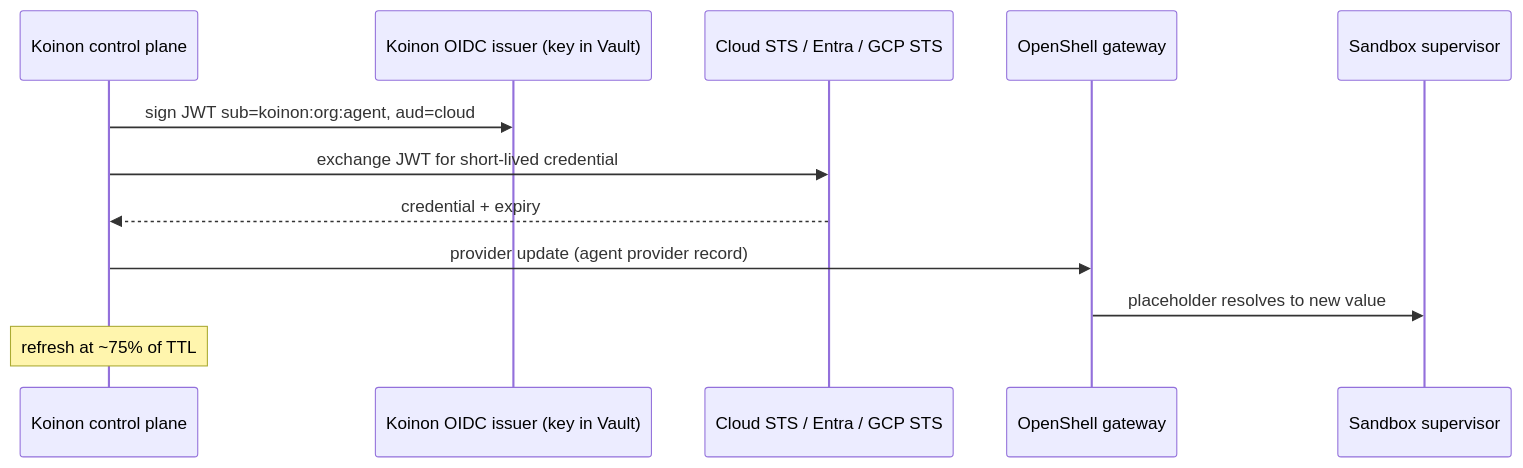
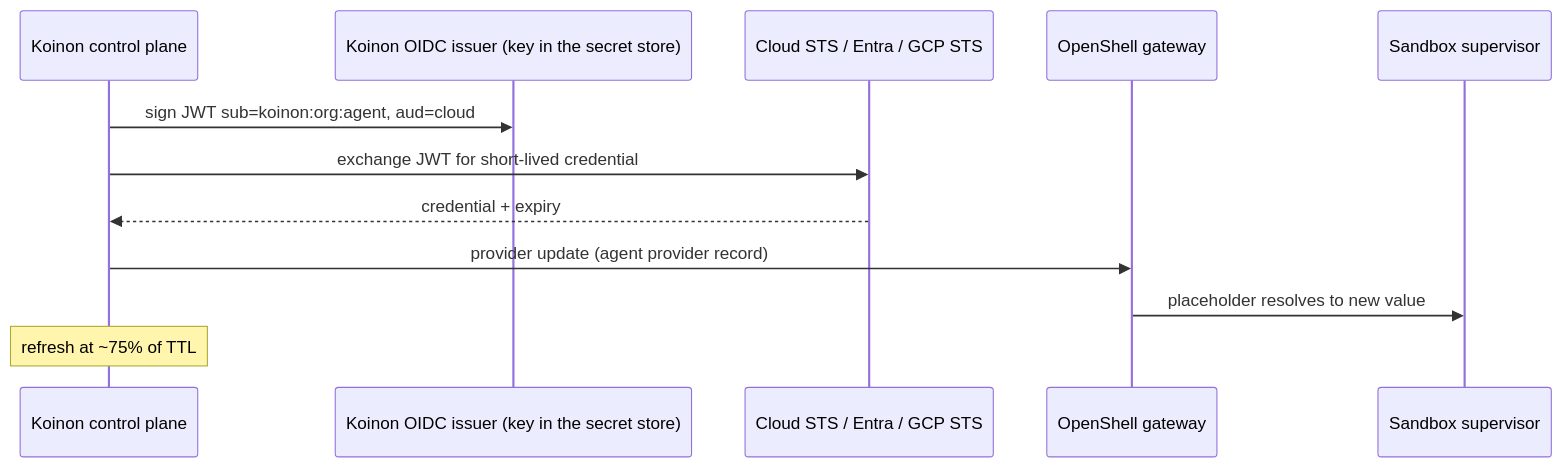
The diagram in docs/adr/0043-workload-identity-adapters-and-koinon-issuer.md (stateracloud/koinon), drawn with Mermaid before and after one commit. The commit also changed 7 other files, not shown here.

First line of the commit message:
docs: use generic terms for the secret store role

````diff
--- a/docs/adr/0043-workload-identity-adapters-and-koinon-issuer.md
+++ b/docs/adr/0043-workload-identity-adapters-and-koinon-issuer.md
@@ -70,14 +70,14 @@
 ```mermaid
 sequenceDiagram
   participant R as Koinon control plane
-  participant I as Koinon OIDC issuer (key in Vault)
+  participant I as Koinon OIDC issuer (key in the secret store)
   participant C as Cloud STS / Entra / GCP STS
   participant O as OpenShell gateway
   participant S as Sandbox supervisor
   R->>I: sign JWT sub=koinon:org:agent, aud=cloud
   R->>C: exchange JWT for short-lived credential
   C-->>R: credential + expiry
   R->>O: provider update (agent provider record)
   O->>S: placeholder resolves to new value
   Note over R: refresh at ~75% of TTL
 ```
````
